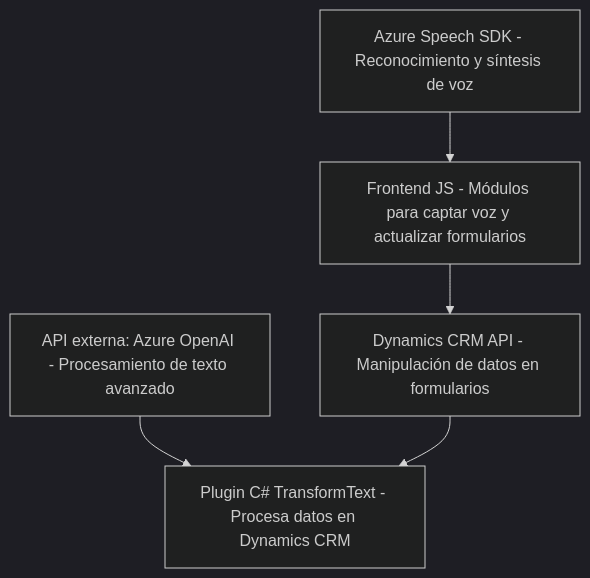
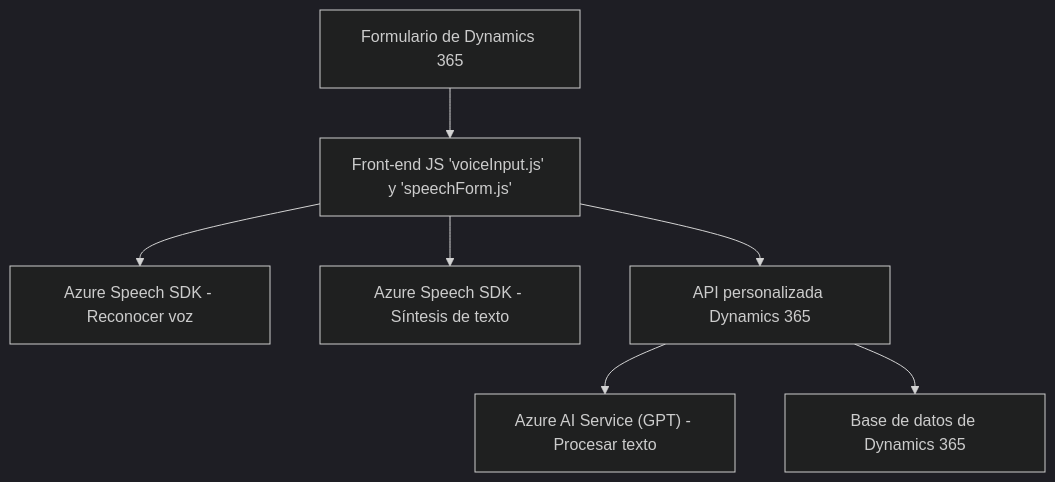
The diagram in README.md (blopezdm/NETCORE_BILBAO2025), drawn with Mermaid (dark theme) before and after one commit. The commit also changed other lines of this file, not shown here.

Commit message:
Actualizar análisis global de la solución con IA

````diff
--- a/README.md
+++ b/README.md
@@ -44,13 +59,9 @@
 ```mermaid
 graph TD
-  A["Azure Speech SDK - Reconocimiento y síntesis de voz"]
-  B["Frontend JS - Módulos para captar voz y actualizar formularios"]
-  C["API externa: Azure OpenAI - Procesamiento de texto avanzado"]
-  D["Dynamics CRM API - Manipulación de datos en formularios"]
-  E["Plugin C# TransformText - Procesa datos en Dynamics CRM"]
-  
-  A --> B
-  B --> D
-  C --> E
-  D --> E
+A["Formulario de Dynamics 365"] --> B["Front-end JS 'voiceInput.js' y 'speechForm.js'"]
+B --> C["Azure Speech SDK - Reconocer voz"]
+B --> D["Azure Speech SDK - Síntesis de texto"]
+B --> E["API personalizada Dynamics 365"]
+E --> F["Azure AI Service (GPT) - Procesar texto"]
+E --> G["Base de datos de Dynamics 365"]
 ```
````
